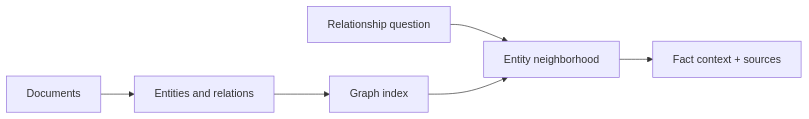
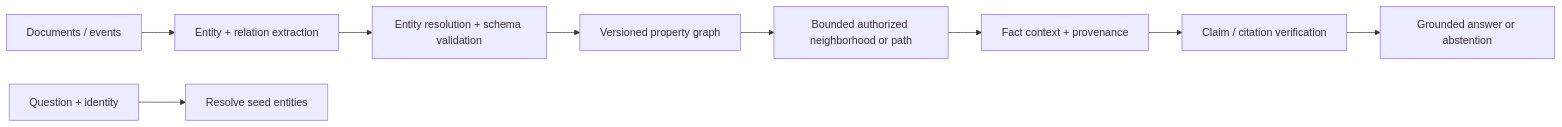
The first of 3 diagrams in curriculum/advanced/02-graphrag/README.md (mahsa-teimourikia/awesome-rag), drawn with Mermaid before and after one commit. The commit also changed other lines of this file and 3 other files, not shown here.

Commit message:
docs: deepen graphrag training

````diff
--- a/curriculum/advanced/02-graphrag/README.md
+++ b/curriculum/advanced/02-graphrag/README.md
@@ -15,7 +32,11 @@
 ```mermaid
 flowchart LR
-  D[Documents] --> E[Entities and relations]
-  E --> G[Graph index]
-  Q[Relationship question] --> N[Entity neighborhood]
-  G --> N --> C[Fact context + sources]
+  D[Documents / events] --> X[Entity + relation extraction]
+  X --> R[Entity resolution + schema validation]
+  R --> G[Versioned property graph]
+  Q[Question + identity] --> S[Resolve seed entities]
+  G --> N[Bounded authorized neighborhood or path]
+  N --> P[Fact context + provenance]
+  P --> V[Claim / citation verification]
+  V --> A[Grounded answer or abstention]
 ```
````
